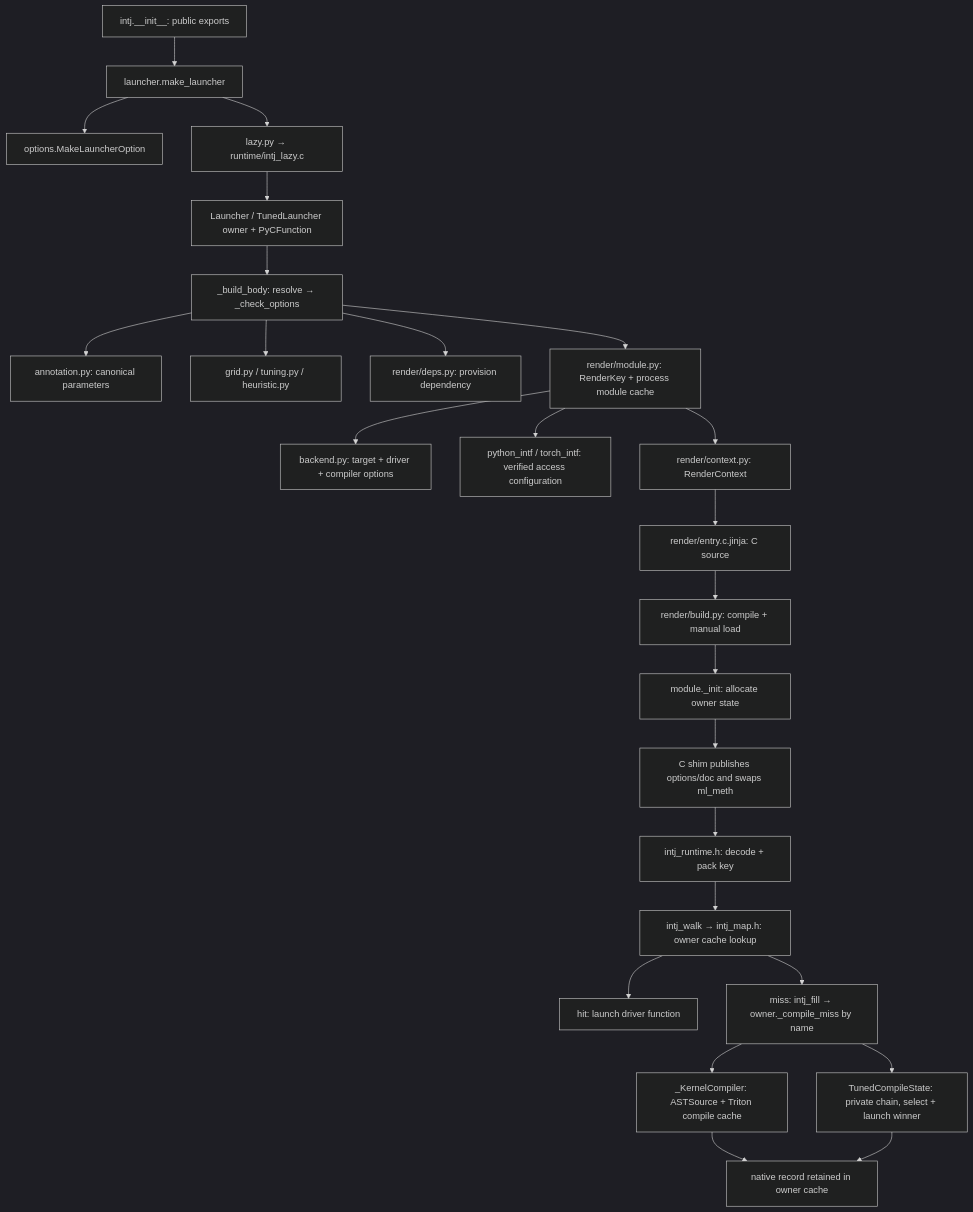
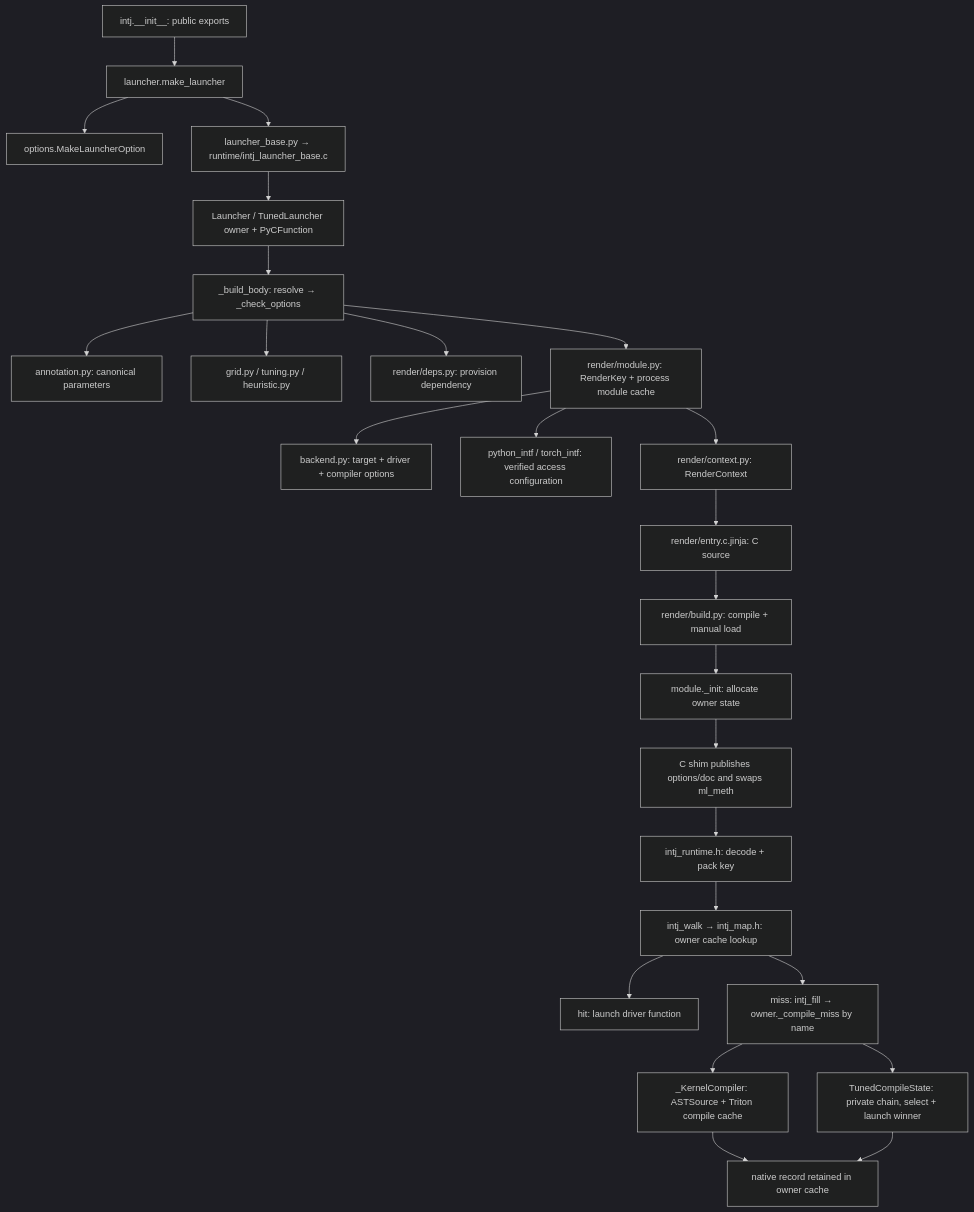
The diagram in review/structure.md (lijinpei-amd/intj), drawn with Mermaid (dark theme) before and after one commit. The commit also changed other lines of this file and 18 other files, not shown here.

Commit message:
refactor: rename lazy launcher machinery to launcher base

````diff
--- a/review/structure.md
+++ b/review/structure.md
@@ -19,27 +19,27 @@
 ```mermaid
 flowchart TD
     API["intj.__init__: public exports"] --> Factory["launcher.make_launcher"]
     Factory --> Options["options.MakeLauncherOption"]
-    Factory --> Stub["lazy.py → runtime/intj_lazy.c"]
+    Factory --> Stub["launcher_base.py → runtime/intj_launcher_base.c"]
     Stub --> Owner["Launcher / TunedLauncher owner + PyCFunction"]
     Owner --> Check["_build_body: resolve → _check_options"]
     Check --> Ann["annotation.py: canonical parameters"]
     Check --> Grid["grid.py / tuning.py / heuristic.py"]
     Check --> Deps["render/deps.py: provision dependency"]
     Check --> Module["render/module.py: RenderKey + process module cache"]
     Module --> Backend["backend.py: target + driver + compiler options"]
     Module --> ABI["python_intf / torch_intf: verified access configuration"]
     Module --> Context["render/context.py: RenderContext"]
     Context --> Template["render/entry.c.jinja: C source"]
     Template --> Build["render/build.py: compile + manual load"]
     Build --> Init["module._init: allocate owner state"]
     Init --> Entry["C shim publishes options/doc and swaps ml_meth"]
     Entry --> Decode["intj_runtime.h: decode + pack key"]
     Decode --> Walk["intj_walk → intj_map.h: owner cache lookup"]
     Walk --> Hit["hit: launch driver function"]
     Walk --> Miss["miss: intj_fill → owner._compile_miss by name"]
     Miss --> Compiler["_KernelCompiler: ASTSource + Triton compile cache"]
     Miss --> Tuned["TunedCompileState: private chain, select + launch winner"]
     Compiler --> Record["native record retained in owner cache"]
     Tuned --> Record
 ```
````
